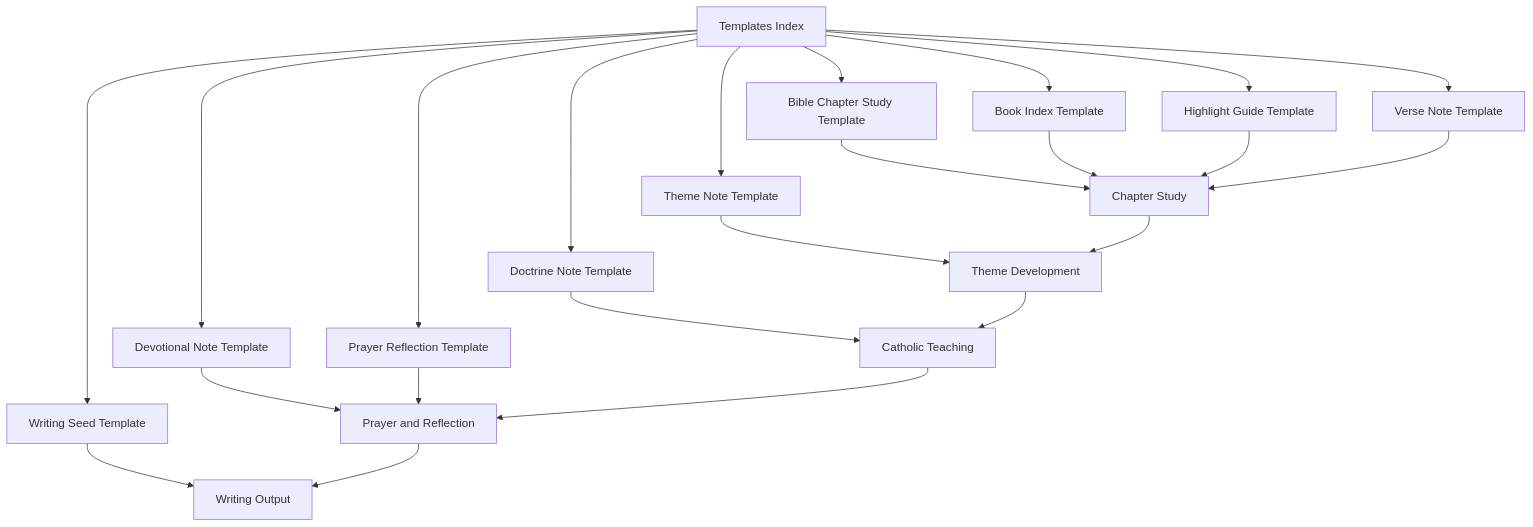
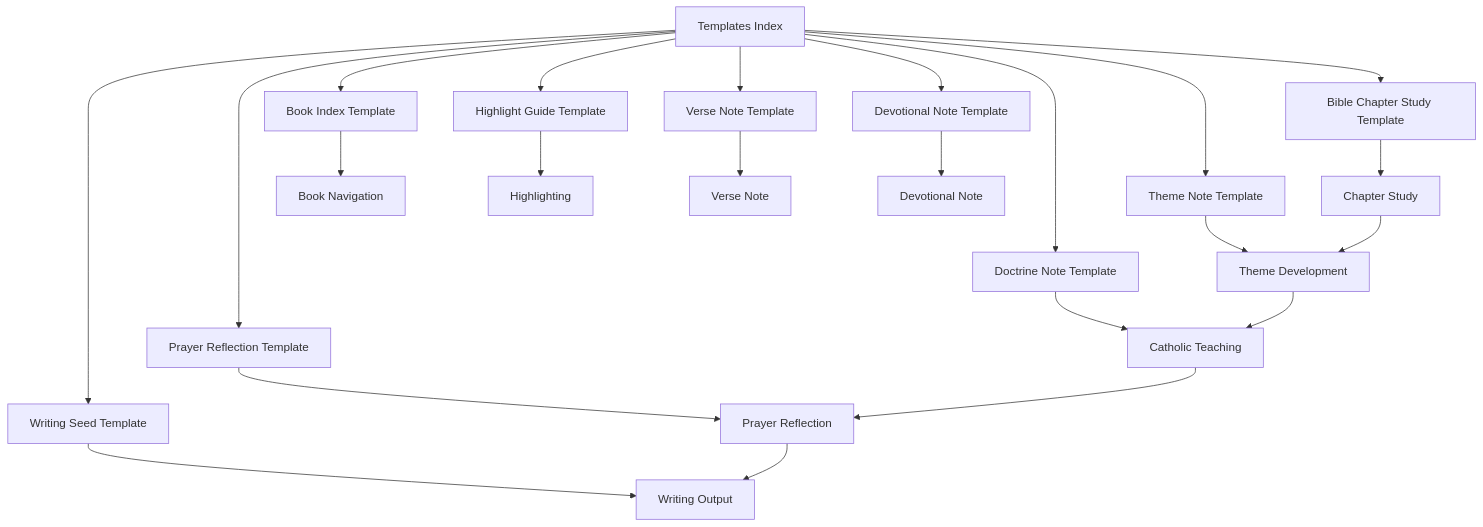
Before and after one commit to gah-code/obsidian-sacred-study-system: the seventh of 7 diagrams in README.md, drawn with Mermaid. The commit also changed other lines of this file and 2 other files, not shown here.

Commit message:
Updated naming conventions and maintenance rules, phases through 3E, Mermaid flowcharts, known gaps, prayer note, DI, indexes, and more

````diff
--- a/README.md
+++ b/README.md
@@ -243,27 +339,27 @@
 ```mermaid
-graph TD
-  templates_index[Templates Index] --> chapter_template[Bible Chapter Study Template]
-  templates_index --> book_index_template[Book Index Template]
-  templates_index --> highlight_template[Highlight Guide Template]
-  templates_index --> verse_template[Verse Note Template]
-  templates_index --> devotional_template[Devotional Note Template]
-  templates_index --> theme_template[Theme Note Template]
-  templates_index --> doctrine_template[Doctrine Note Template]
-  templates_index --> prayer_template[Prayer Reflection Template]
-  templates_index --> writing_template[Writing Seed Template]
+flowchart TD
+  templates_index["Templates Index"] --> chapter_template["Bible Chapter Study Template"]
+  templates_index --> book_index_template["Book Index Template"]
+  templates_index --> highlight_template["Highlight Guide Template"]
+  templates_index --> verse_template["Verse Note Template"]
+  templates_index --> devotional_template["Devotional Note Template"]
+  templates_index --> theme_template["Theme Note Template"]
+  templates_index --> doctrine_template["Doctrine Note Template"]
+  templates_index --> prayer_template["Prayer Reflection Template"]
+  templates_index --> writing_template["Writing Seed Template"]
 
-  chapter_template --> chapter_study[Chapter Study]
-  book_index_template --> chapter_study
-  highlight_template --> chapter_study
-  verse_template --> chapter_study
-  devotional_template --> prayer_reflection[Prayer and Reflection]
-  theme_template --> theme_development[Theme Development]
-  doctrine_template --> catholic_teaching[Catholic Teaching]
-  prayer_template --> prayer_reflection
-  writing_template --> writing_output[Writing Output]
+  chapter_template --> chapter_study["Chapter Study"]
+  book_index_template --> navigation["Book Navigation"]
+  highlight_template --> highlighting["Highlighting"]
+  verse_template --> verse_note["Verse Note"]
+  devotional_template --> devotional["Devotional Note"]
+  theme_template --> theme_development["Theme Development"]
+  doctrine_template --> catholic_teaching["Catholic Teaching"]
+  prayer_template --> prayer_reflection["Prayer Reflection"]
+  writing_template --> writing_output["Writing Output"]
 
   chapter_study --> theme_development
   theme_development --> catholic_teaching
   catholic_teaching --> prayer_reflection
   prayer_reflection --> writing_output
 ```
````
